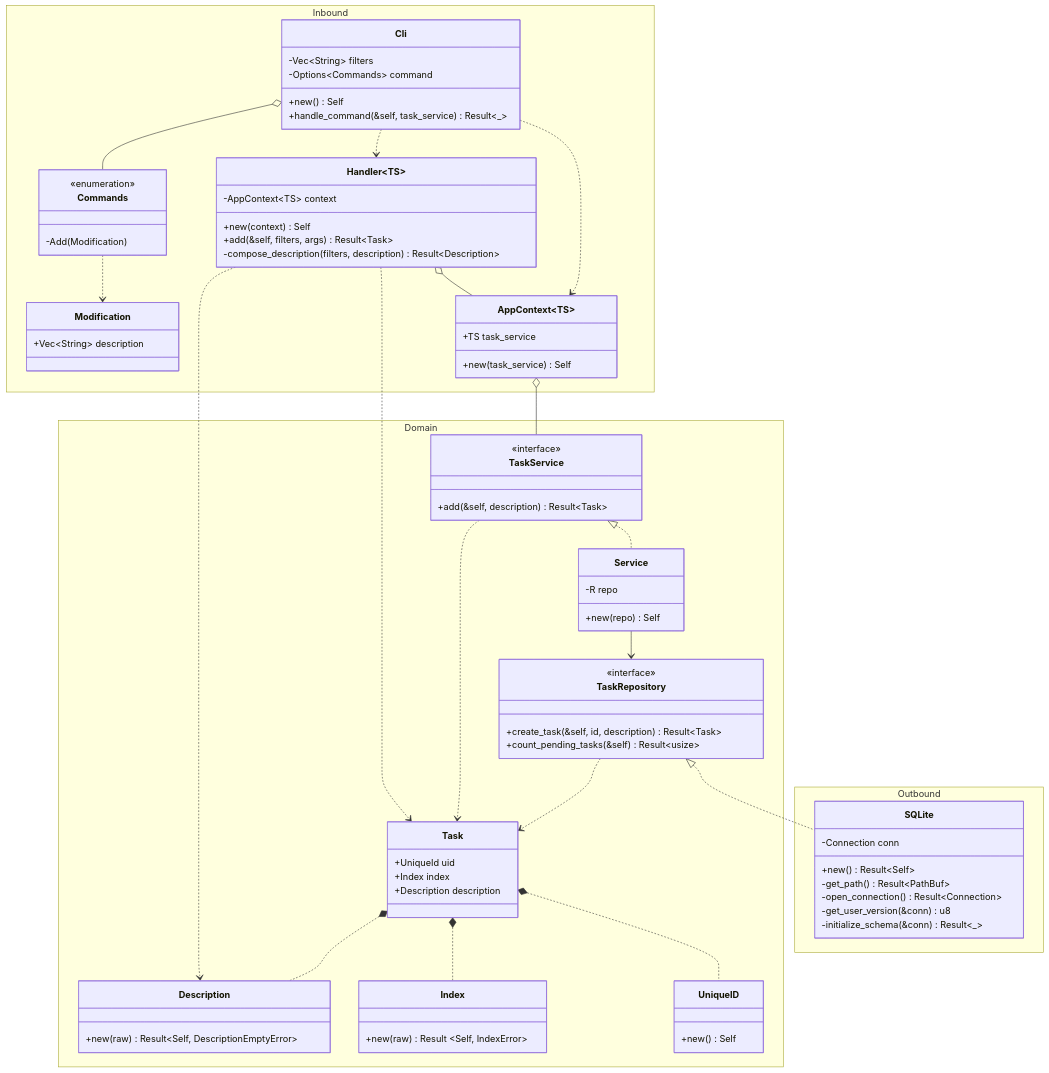
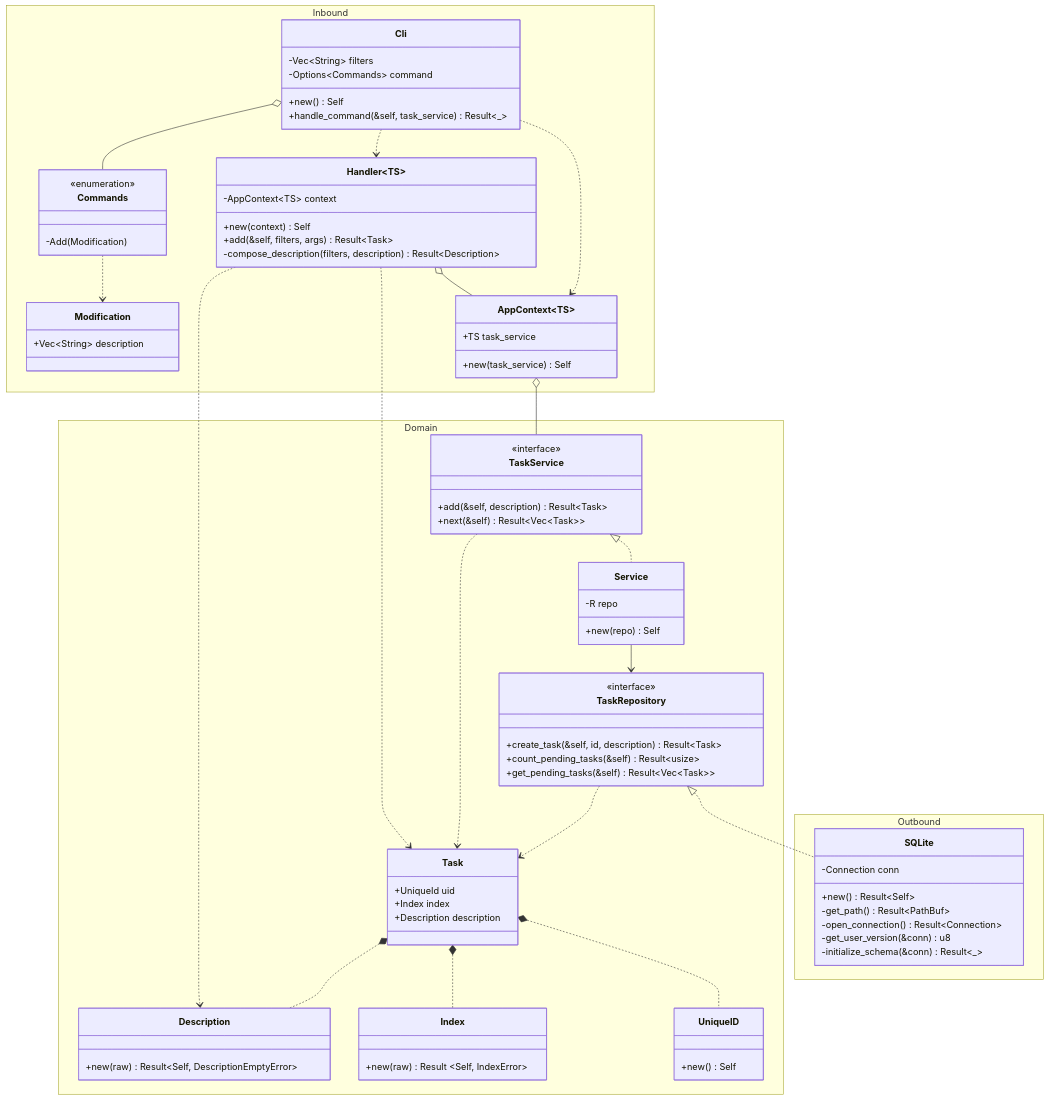
One commit to rvnkcode/dawn changed the diagram in docs/class.md. Above: the diagram before and after it, drawn with Mermaid. The commit also changed 4 other files, not shown here.

Commit message:
feat: get all pending tasks

```diff
--- a/docs/class.md
+++ b/docs/class.md
@@ -63,6 +63,7 @@
     class TaskService {
       <<interface>>
       +add(&self, description) Result~Task~
+      +next(&self) Result~Vec~Task~~
     }
     class Service~R~ {
       -R repo
@@ -72,6 +73,7 @@
       <<interface>>
       +create_task(&self, id, description) Result~Task~
       +count_pending_tasks(&self) Result~usize~
+      +get_pending_tasks(&self) Result~Vec~Task~~
     }
   }
   namespace Outbound {
```
